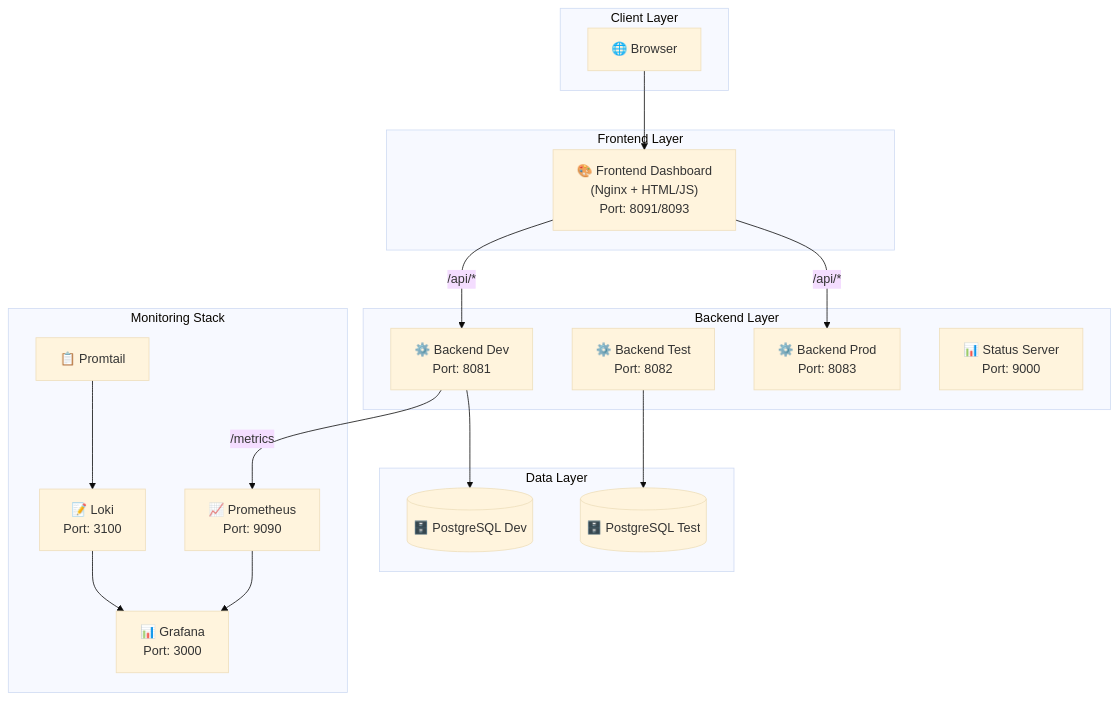
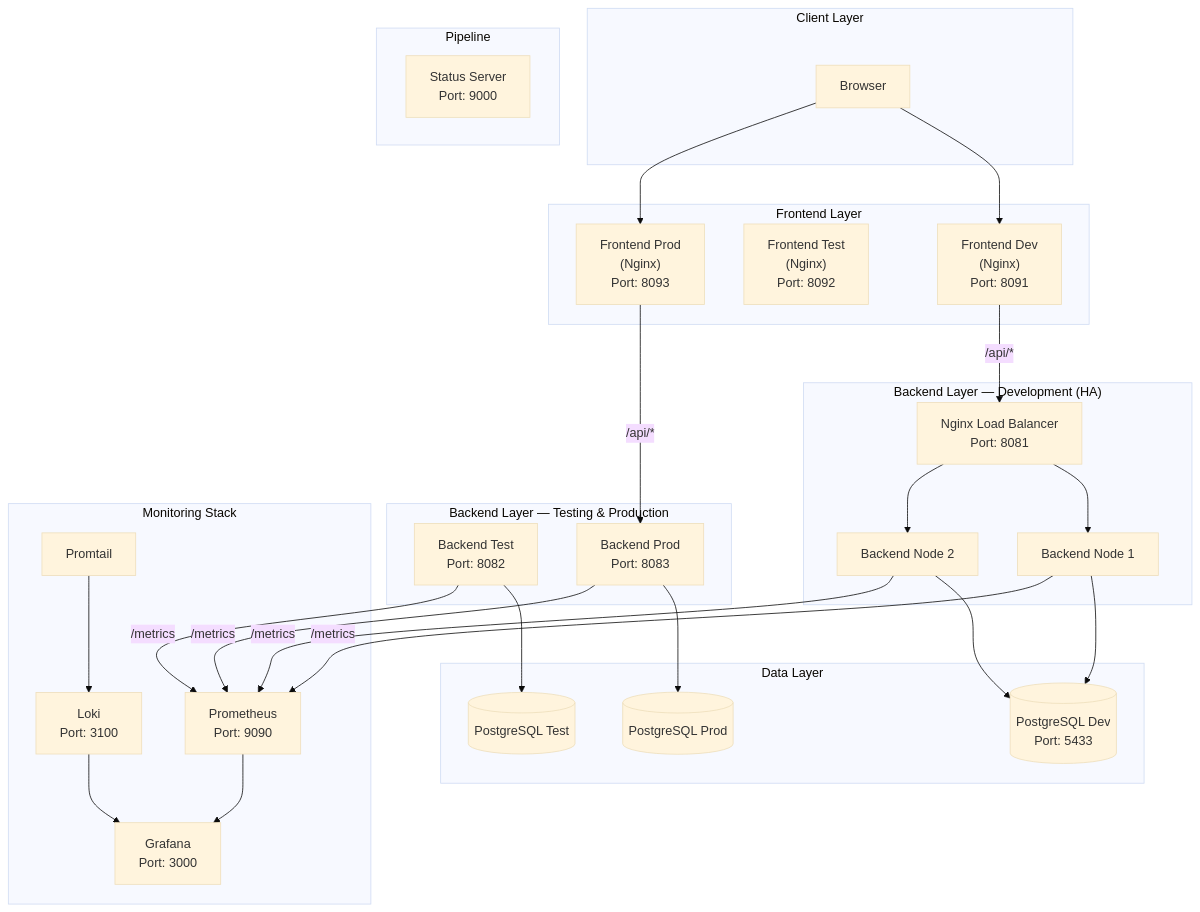
Before and after one commit to jordanvieno/Project-Magang: the first of 5 diagrams in README.md, drawn with Mermaid (base theme). The commit also changed other lines of this file, not shown here.

````diff
--- a/README.md
+++ b/README.md
@@ -47,39 +46,58 @@
 ```mermaid
 graph TB
     subgraph "Client Layer"
-        Browser["🌐 Browser"]
+        Browser["Browser"]
     end
 
     subgraph "Frontend Layer"
-        FE["🎨 Frontend Dashboard<br/>(Nginx + HTML/JS)<br/>Port: 8091/8093"]
+        FE_DEV["Frontend Dev<br/>(Nginx)<br/>Port: 8091"]
+        FE_TEST["Frontend Test<br/>(Nginx)<br/>Port: 8092"]
+        FE_PROD["Frontend Prod<br/>(Nginx)<br/>Port: 8093"]
     end
 
-    subgraph "Backend Layer"
-        BE_DEV["⚙️ Backend Dev<br/>Port: 8081"]
-        BE_TEST["⚙️ Backend Test<br/>Port: 8082"]
-        BE_PROD["⚙️ Backend Prod<br/>Port: 8083"]
-        STATUS["📊 Status Server<br/>Port: 9000"]
+    subgraph "Backend Layer — Development (HA)"
+        LB["Nginx Load Balancer<br/>Port: 8081"]
+        NODE1["Backend Node 1"]
+        NODE2["Backend Node 2"]
+        LB --> NODE1
+        LB --> NODE2
+    end
+
+    subgraph "Backend Layer — Testing & Production"
+        BE_TEST["Backend Test<br/>Port: 8082"]
+        BE_PROD["Backend Prod<br/>Port: 8083"]
+    end
+
+    subgraph "Pipeline"
+        STATUS["Status Server<br/>Port: 9000"]
     end
 
     subgraph "Data Layer"
-        DB_DEV[("🗄️ PostgreSQL Dev")]
-        DB_TEST[("🗄️ PostgreSQL Test")]
+        DB_DEV[("PostgreSQL Dev<br/>Port: 5433")]
+        DB_TEST[("PostgreSQL Test")]
+        DB_PROD[("PostgreSQL Prod")]
     end
 
     subgraph "Monitoring Stack"
-        PROM["📈 Prometheus<br/>Port: 9090"]
-        GRAF["📊 Grafana<br/>Port: 3000"]
-        LOKI["📝 Loki<br/>Port: 3100"]
-        PROMTAIL["📋 Promtail"]
+        PROM["Prometheus<br/>Port: 9090"]
+        GRAF["Grafana<br/>Port: 3000"]
+        LOKI["Loki<br/>Port: 3100"]
+        PROMTAIL["Promtail"]
     end
 
-    Browser --> FE
-    FE -->|"/api/*"| BE_DEV
-    FE -->|"/api/*"| BE_PROD
-    BE_DEV --> DB_DEV
+    Browser --> FE_DEV
+    Browser --> FE_PROD
+    FE_DEV -->|"/api/*"| LB
+    FE_PROD -->|"/api/*"| BE_PROD
+    NODE1 --> DB_DEV
+    NODE2 --> DB_DEV
     BE_TEST --> DB_TEST
-    BE_DEV -->|"/metrics"| PROM
+    BE_PROD --> DB_PROD
+    NODE1 -->|"/metrics"| PROM
+    NODE2 -->|"/metrics"| PROM
+    BE_TEST -->|"/metrics"| PROM
+    BE_PROD -->|"/metrics"| PROM
     PROM --> GRAF
     PROMTAIL --> LOKI
     LOKI --> GRAF
 ```
````
